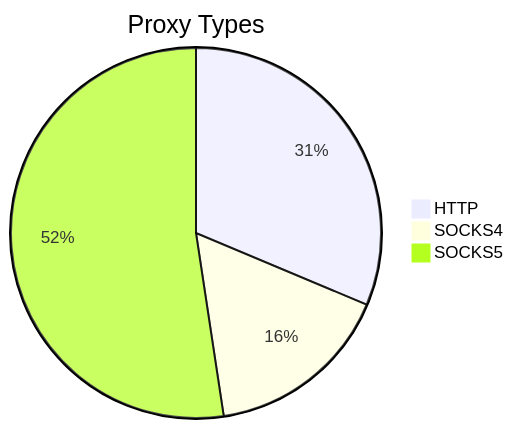
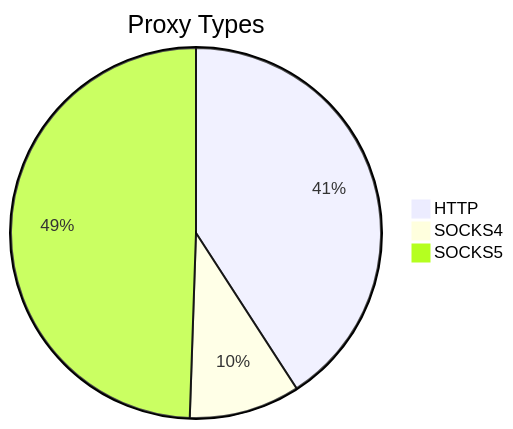
One commit to stormsia/proxy-list changed the first of 2 diagrams in README.md. Above: the diagram before and after it, drawn with Mermaid. The commit also changed other lines of this file, not shown here.

````diff
--- a/README.md
+++ b/README.md
@@ -21,6 +21,6 @@
 ```mermaid
 pie title Proxy Types
-    "HTTP" : 229
-    "SOCKS4" : 119
-    "SOCKS5" : 383
+    "HTTP" : 114
+    "SOCKS4" : 27
+    "SOCKS5" : 138
 ```
````
